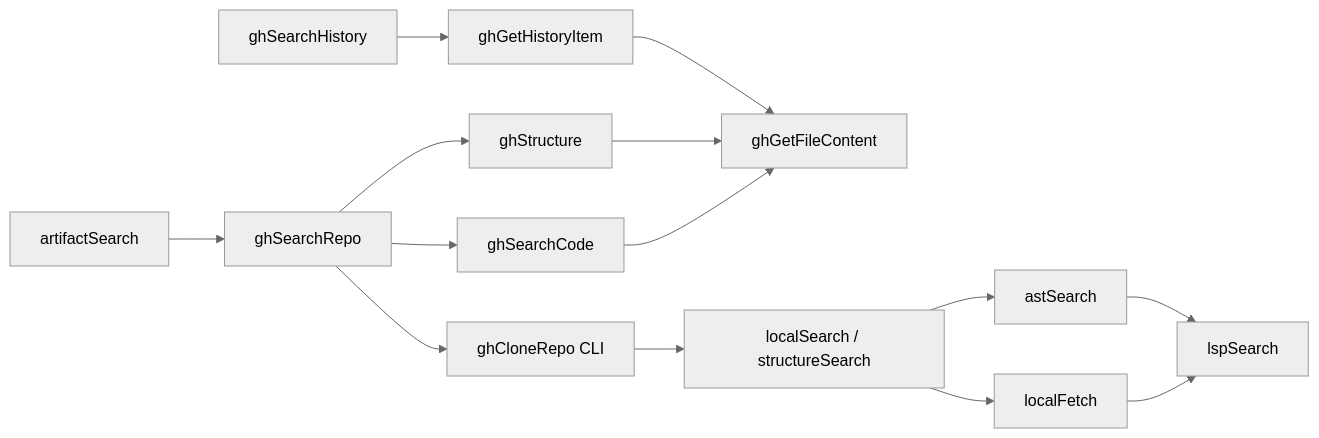
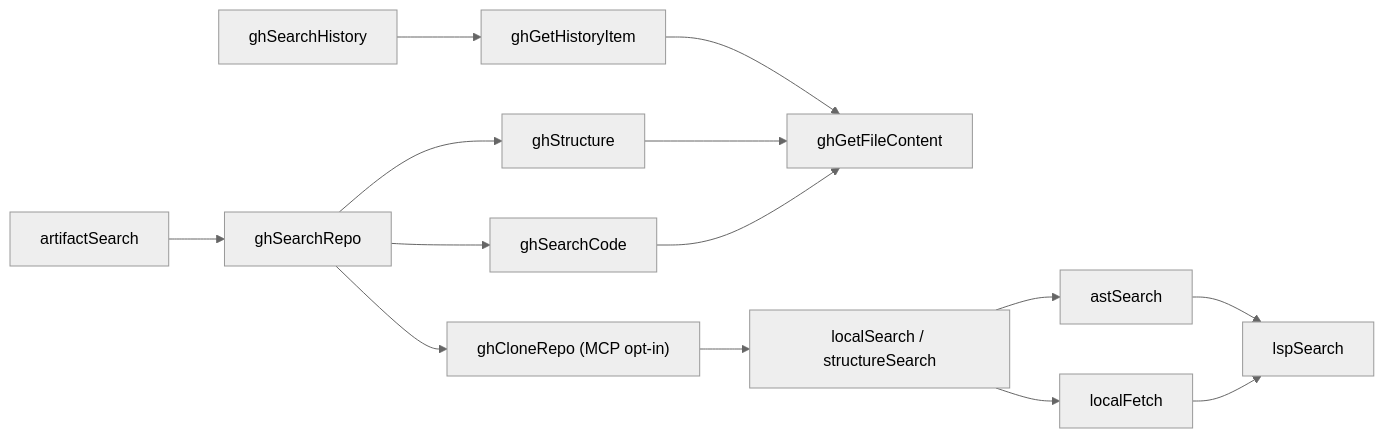
The diagram in docs/OCTOCODE_WORKFLOWS.md (bgauryy/octocode), drawn with Mermaid (neutral theme) before and after one commit. The commit also changed other lines of this file and 1641 other files, not shown here.

````diff
--- a/docs/OCTOCODE_WORKFLOWS.md
+++ b/docs/OCTOCODE_WORKFLOWS.md
@@ -7,16 +7,16 @@
 ```mermaid
 flowchart LR
   repo[ghSearchRepo] --> code[ghSearchCode]
   repo --> tree[ghStructure]
   code --> read[ghGetFileContent]
   tree --> read
   history[ghSearchHistory] --> item[ghGetHistoryItem]
   item --> read
   package[artifactSearch] --> repo
-  repo --> clone[ghCloneRepo CLI]
+  repo --> clone["ghCloneRepo (MCP opt-in)"]
   clone --> local[localSearch / structureSearch]
   local --> fetch[localFetch]
   local --> ast[astSearch]
   fetch --> lsp[lspSearch]
   ast --> lsp
 ```
````
